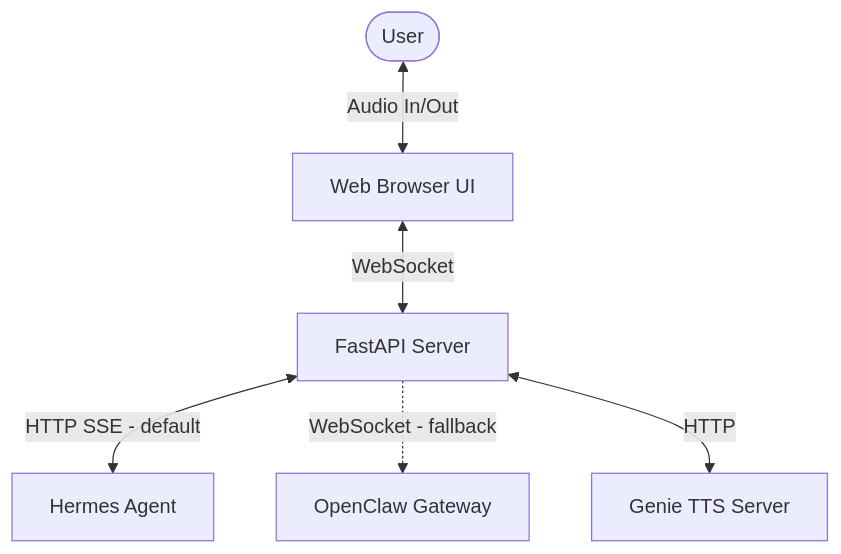
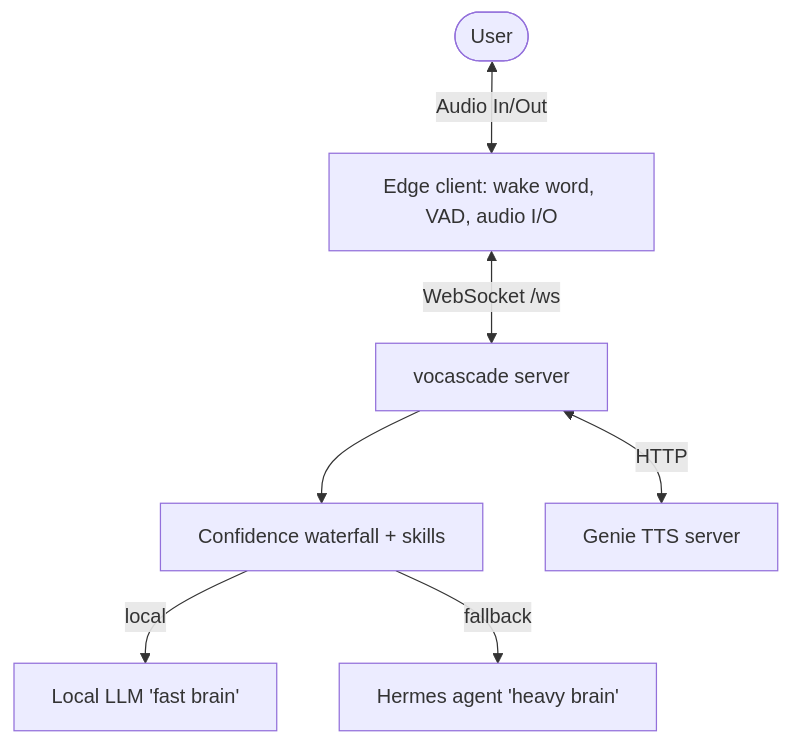
Before and after one commit to aiden-isaac/vocascade: the diagram in README.md, drawn with Mermaid. The commit also changed other lines of this file and 14 other files, not shown here.

````diff
--- a/README.md
+++ b/README.md
@@ -17,8 +37,9 @@
 ```mermaid
 graph TD
-    User([User]) <-->|Audio In/Out| ClientUI[Web Browser UI]
-    ClientUI <-->|WebSocket| Server[FastAPI Server]
-    Server <-->|HTTP SSE - default| HermesAgent[Hermes Agent]
-    Server -.->|WebSocket - fallback| OpenClawGateway[OpenClaw Gateway]
-    Server <-->|HTTP| GenieTTS[Genie TTS Server]
+    User([User]) <-->|Audio In/Out| Edge[Edge client: wake word, VAD, audio I/O]
+    Edge <-->|WebSocket /ws| Server[vocascade server]
+    Server --> Waterfall[Confidence waterfall + skills]
+    Waterfall -->|local| LocalLLM[Local LLM 'fast brain']
+    Waterfall -->|fallback| Hermes[Hermes agent 'heavy brain']
+    Server <-->|HTTP| GenieTTS[Genie TTS server]
 ```
````
